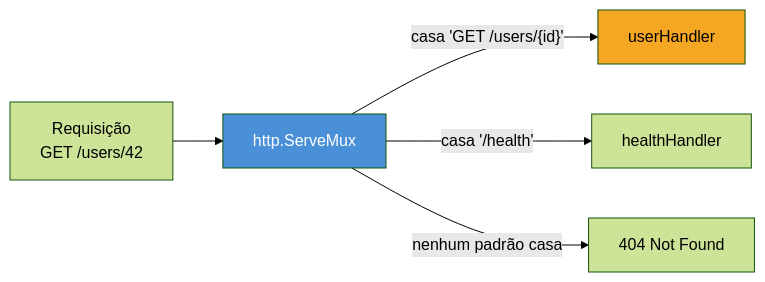
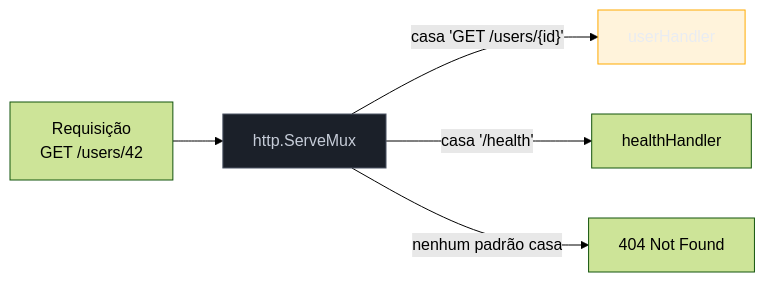
The first of 2 diagrams in 03-Dominios/Tecnologia/Go/10 - HTTP e frameworks web/02 - Roteamento.md (josenaldo/codex-technomanticus), drawn with Mermaid (forest theme) before and after one commit. The commit also changed other lines of this file and 1181 other files, not shown here.

First line of the commit message:
fix(diagramas): paleta do sistema no lugar de cor cravada no markdown

````diff
--- a/03-Dominios/Tecnologia/Go/10 - HTTP e frameworks web/02 - Roteamento.md
+++ b/03-Dominios/Tecnologia/Go/10 - HTTP e frameworks web/02 - Roteamento.md
@@ -46,10 +46,12 @@
 ```mermaid
 flowchart LR
+    classDef neutro fill:#1B2029,stroke:#4E5666,color:#C6CCD8
+    classDef destaque fill:#FFAA0024,stroke:#FFAA00,color:#E9ECF2
     Req["Requisição\nGET /users/42"] --> Mux["http.ServeMux"]
     Mux -->|"casa 'GET /users/{id}'"| H1["userHandler"]
     Mux -->|"casa '/health'"| H2["healthHandler"]
     Mux -->|"nenhum padrão casa"| H3["404 Not Found"]
 
-    style Mux fill:#4A90D9,color:#fff
-    style H1 fill:#F5A623,color:#000
+    class Mux neutro
+    class H1 destaque
 ```
````
